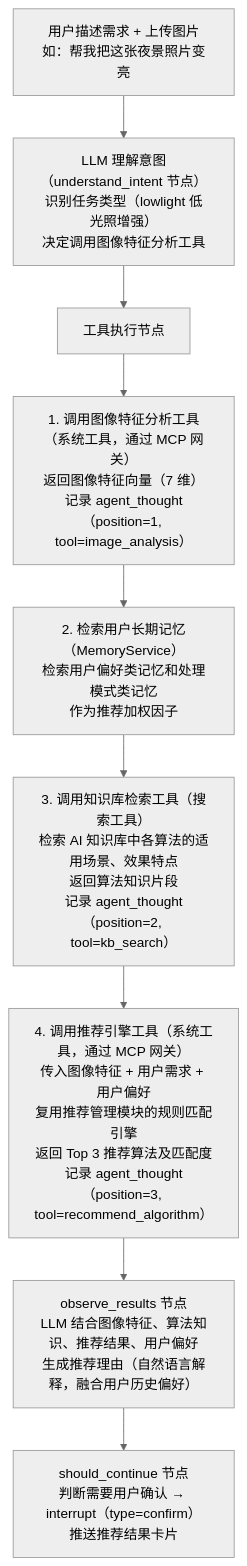
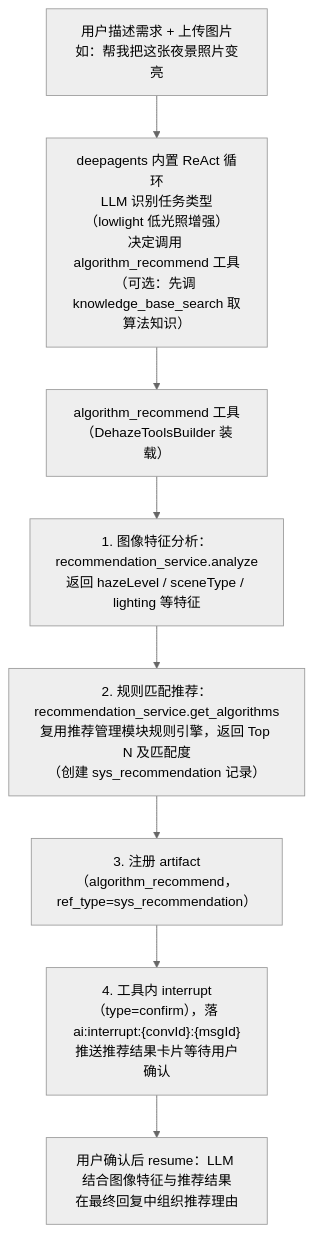
One commit to earthy-zinc/dehaze-system changed the diagram in dehaze-doc/docs/03-模块设计/核心模块/AI对话/智能调度/后端实现.md. Above: the diagram before and after it, drawn with Mermaid (neutral theme). The commit also changed other lines of this file and 2348 other files, not shown here.

````diff
--- a/dehaze-doc/docs/03-模块设计/核心模块/AI对话/智能调度/后端实现.md
+++ b/dehaze-doc/docs/03-模块设计/核心模块/AI对话/智能调度/后端实现.md
@@ -61,11 +61,10 @@
 ```mermaid
 flowchart TD
-    A["用户描述需求 + 上传图片<br/>如：帮我把这张夜景照片变亮"] --> B["LLM 理解意图（understand_intent 节点）<br/>识别任务类型（lowlight 低光照增强）<br/>决定调用图像特征分析工具"]
-    B --> C["工具执行节点"]
-    C --> D1["1. 调用图像特征分析工具（系统工具，通过 MCP 网关）<br/>返回图像特征向量（7 维）<br/>记录 agent_thought（position=1, tool=image_analysis）"]
-    D1 --> D2["2. 检索用户长期记忆（MemoryService）<br/>检索用户偏好类记忆和处理模式类记忆<br/>作为推荐加权因子"]
-    D2 --> D3["3. 调用知识库检索工具（搜索工具）<br/>检索 AI 知识库中各算法的适用场景、效果特点<br/>返回算法知识片段<br/>记录 agent_thought（position=2, tool=kb_search）"]
-    D3 --> D4["4. 调用推荐引擎工具（系统工具，通过 MCP 网关）<br/>传入图像特征 + 用户需求 + 用户偏好<br/>复用推荐管理模块的规则匹配引擎<br/>返回 Top 3 推荐算法及匹配度<br/>记录 agent_thought（position=3, tool=recommend_algorithm）"]
-    D4 --> E["observe_results 节点<br/>LLM 结合图像特征、算法知识、推荐结果、用户偏好<br/>生成推荐理由（自然语言解释，融合用户历史偏好）"]
-    E --> F["should_continue 节点<br/>判断需要用户确认 → interrupt（type=confirm）<br/>推送推荐结果卡片"]
+    A["用户描述需求 + 上传图片<br/>如：帮我把这张夜景照片变亮"] --> B["deepagents 内置 ReAct 循环<br/>LLM 识别任务类型（lowlight 低光照增强）<br/>决定调用 algorithm_recommend 工具<br/>（可选：先调 knowledge_base_search 取算法知识）"]
+    B --> C["algorithm_recommend 工具（DehazeToolsBuilder 装载）"]
+    C --> D1["1. 图像特征分析：recommendation_service.analyze<br/>返回 hazeLevel / sceneType / lighting 等特征"]
+    D1 --> D2["2. 规则匹配推荐：recommendation_service.get_algorithms<br/>复用推荐管理模块规则引擎，返回 Top N 及匹配度<br/>（创建 sys_recommendation 记录）"]
+    D2 --> D3["3. 注册 artifact（algorithm_recommend，ref_type=sys_recommendation）"]
+    D3 --> D4["4. 工具内 interrupt（type=confirm），落 ai:interrupt:{convId}:{msgId}<br/>推送推荐结果卡片等待用户确认"]
+    D4 --> E["用户确认后 resume：LLM 结合图像特征与推荐结果<br/>在最终回复中组织推荐理由"]
 ```
````
